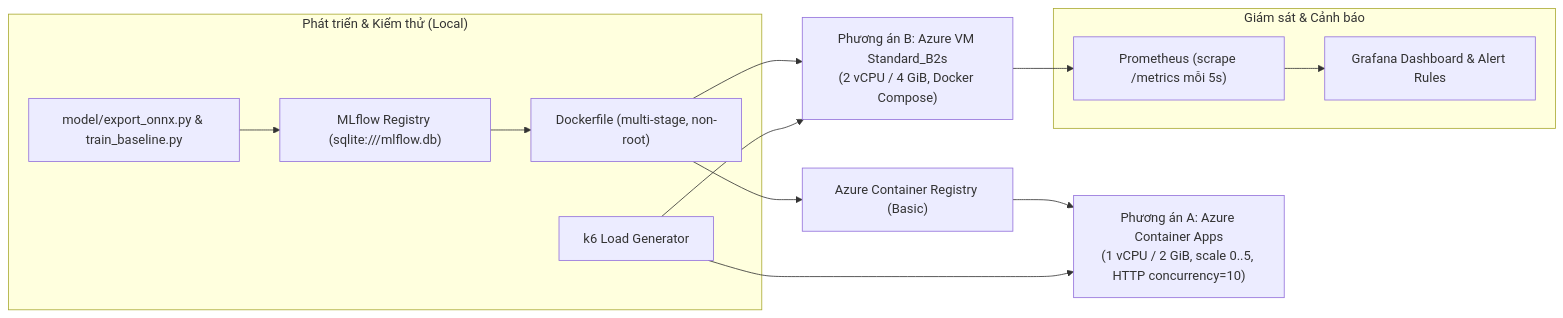
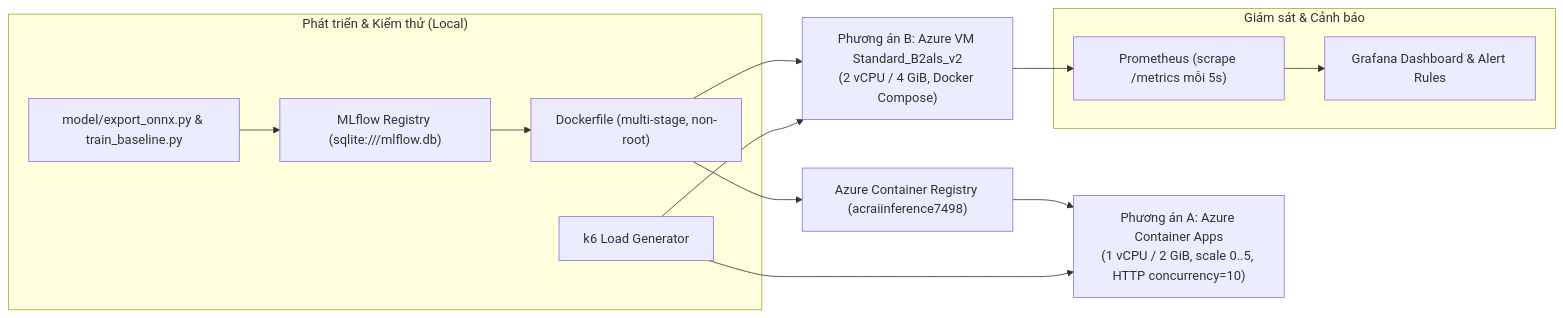
One commit to vinhchosoai/cloud-computing changed the diagram in docs/report.md. Above: the diagram before and after it, drawn with Mermaid. The commit also changed other lines of this file and 11 other files, not shown here.

````diff
--- a/docs/report.md
+++ b/docs/report.md
@@ -61,20 +58,20 @@
 ```mermaid
 flowchart LR
     subgraph Local["Phát triển & Kiểm thử (Local)"]
         TR["model/export_onnx.py & train_baseline.py"] --> ML["MLflow Registry (sqlite:///mlflow.db)"]
         ML --> DK["Dockerfile (multi-stage, non-root)"]
         K6["k6 Load Generator"]
     end
 
-    DK --> ACR["Azure Container Registry (Basic)"]
+    DK --> ACR["Azure Container Registry (acraiinference7498)"]
     ACR --> ACA["Phương án A: Azure Container Apps\n(1 vCPU / 2 GiB, scale 0..5, HTTP concurrency=10)"]
-    DK --> VM["Phương án B: Azure VM Standard_B2s\n(2 vCPU / 4 GiB, Docker Compose)"]
+    DK --> VM["Phương án B: Azure VM Standard_B2als_v2\n(2 vCPU / 4 GiB, Docker Compose)"]
 
     K6 --> ACA
     K6 --> VM
 
     subgraph Obs["Giám sát & Cảnh báo"]
         PROM["Prometheus (scrape /metrics mỗi 5s)"] --> GRAF["Grafana Dashboard & Alert Rules"]
     end
     VM --> PROM
 ```
````
